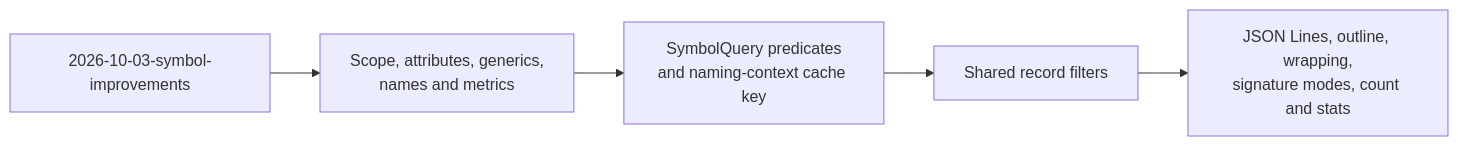
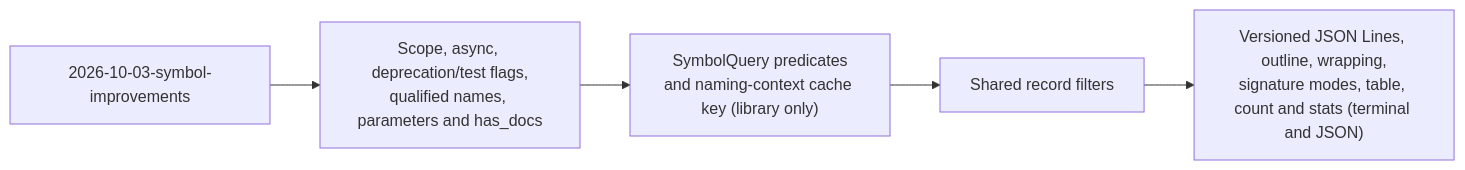
One commit to yankeeinlondon/rusty-biscuit changed the diagram in tree-hugger/features/2026-10-03-symbol-filters-and-reports/spec.md. Above: the diagram before and after it, drawn with Mermaid. The commit also changed other lines of this file, not shown here.

First line of the commit message:
planning(tree-hugger): settle open questions for 2026-10-03-symbol-filters-and-reports

````diff
--- a/tree-hugger/features/2026-10-03-symbol-filters-and-reports/spec.md
+++ b/tree-hugger/features/2026-10-03-symbol-filters-and-reports/spec.md
@@ -461,7 +621,7 @@
 ```mermaid
 flowchart LR
-    F1["2026-10-03-symbol-improvements"] --> META["Scope, attributes, generics,<br/>names and metrics"]
-    META --> Q["SymbolQuery predicates<br/>and naming-context cache key"]
+    F1["2026-10-03-symbol-improvements"] --> META["Scope, async, deprecation/test flags,<br/>qualified names, parameters and has_docs"]
+    META --> Q["SymbolQuery predicates<br/>and naming-context cache key (library only)"]
     Q --> FILT["Shared record filters"]
-    FILT --> REP["JSON Lines, outline, wrapping,<br/>signature modes, count and stats"]
+    FILT --> REP["Versioned JSON Lines, outline, wrapping,<br/>signature modes, table, count and stats (terminal and JSON)"]
 ```
````
